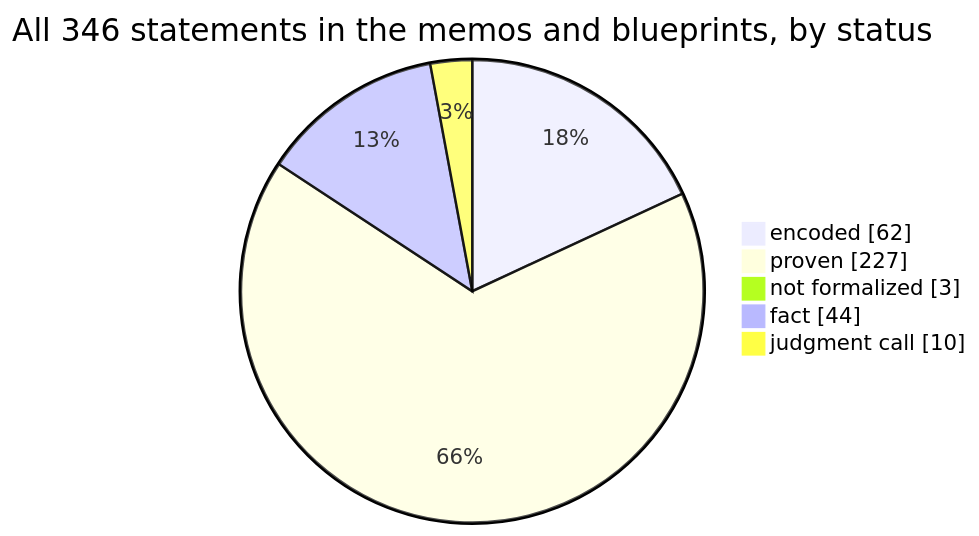
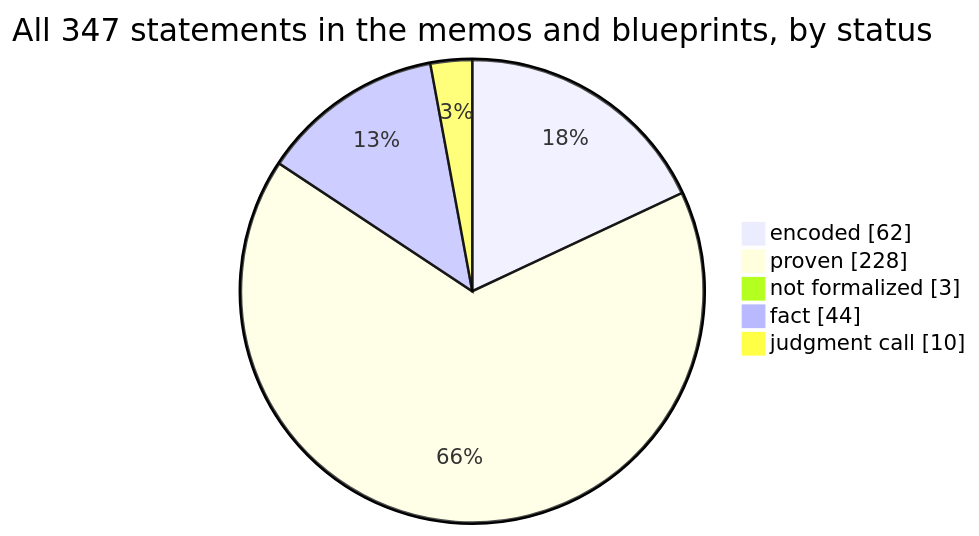
One commit to SeanWMurray/Canteen changed the first of 4 diagrams in docs/graphs/dashboard.md. Above: the diagram before and after it, drawn with Mermaid. The commit also changed other lines of this file and 16 other files, not shown here.

````diff
--- a/docs/graphs/dashboard.md
+++ b/docs/graphs/dashboard.md
@@ -11,8 +11,8 @@
 ```mermaid
-pie showData title All 346 statements in the memos and blueprints, by status
+pie showData title All 347 statements in the memos and blueprints, by status
     "encoded" : 62
-    "proven" : 227
+    "proven" : 228
     "not formalized" : 3
     "fact" : 44
     "judgment call" : 10
 ```
````
